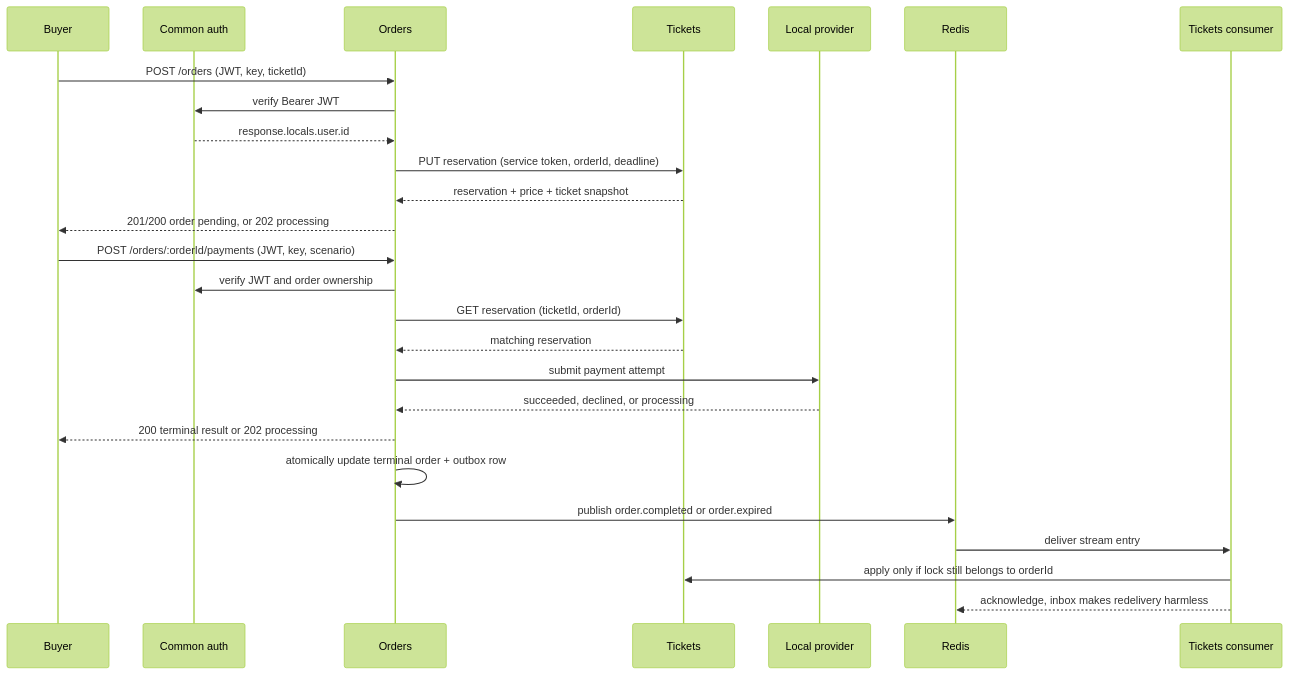
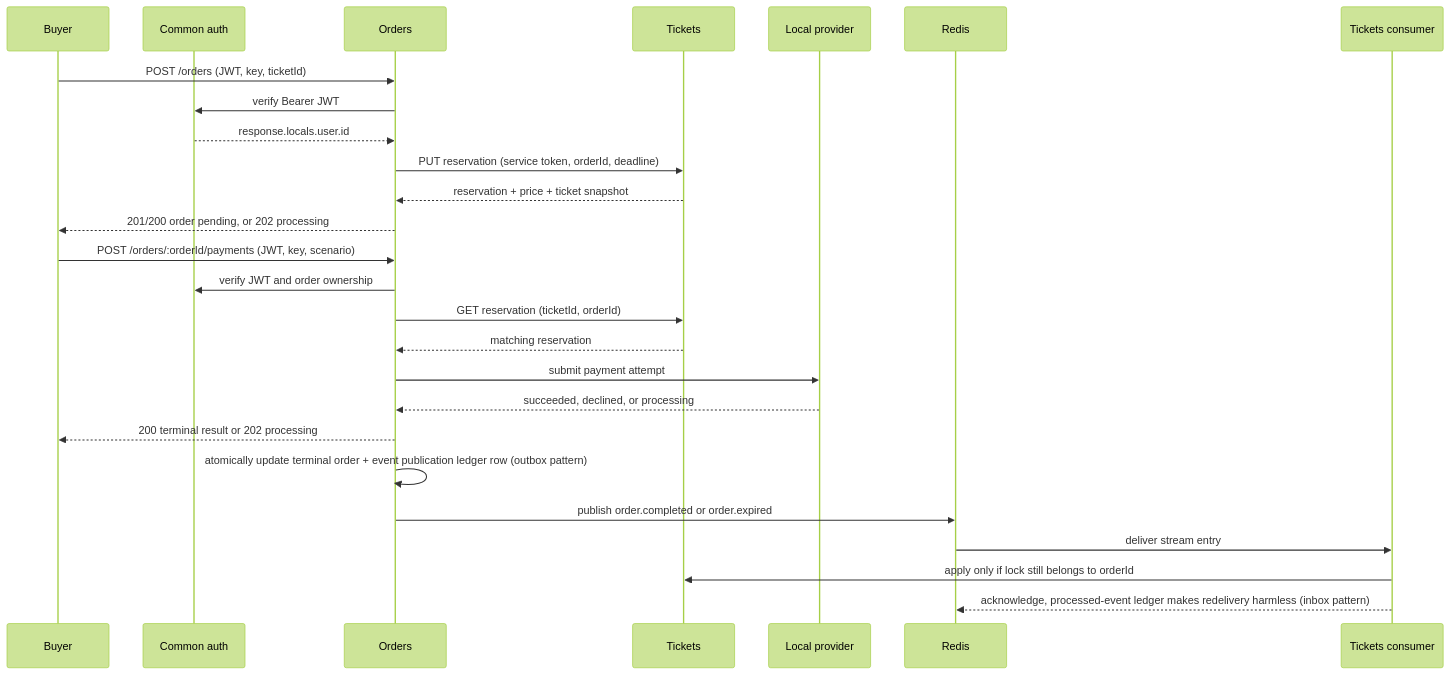
The diagram in docs/backend-git-diff-walkthrough.md (h19overflow/stubhub), drawn with Mermaid (forest theme) before and after one commit. The commit also changed other lines of this file and 59 other files, not shown here.

````diff
--- a/docs/backend-git-diff-walkthrough.md
+++ b/docs/backend-git-diff-walkthrough.md
@@ -16,31 +16,31 @@
 ```mermaid
 sequenceDiagram
   participant Buyer
   participant Auth as Common auth
   participant Orders
   participant Tickets
   participant Provider as Local provider
   participant Redis
   participant Consumer as Tickets consumer
 
   Buyer->>Orders: POST /orders (JWT, key, ticketId)
   Orders->>Auth: verify Bearer JWT
   Auth-->>Orders: response.locals.user.id
   Orders->>Tickets: PUT reservation (service token, orderId, deadline)
   Tickets-->>Orders: reservation + price + ticket snapshot
   Orders-->>Buyer: 201/200 order pending, or 202 processing
 
   Buyer->>Orders: POST /orders/:orderId/payments (JWT, key, scenario)
   Orders->>Auth: verify JWT and order ownership
   Orders->>Tickets: GET reservation (ticketId, orderId)
   Tickets-->>Orders: matching reservation
   Orders->>Provider: submit payment attempt
   Provider-->>Orders: succeeded, declined, or processing
   Orders-->>Buyer: 200 terminal result or 202 processing
 
-  Orders->>Orders: atomically update terminal order + outbox row
+  Orders->>Orders: atomically update terminal order + event publication ledger row (outbox pattern)
   Orders->>Redis: publish order.completed or order.expired
   Redis->>Consumer: deliver stream entry
   Consumer->>Tickets: apply only if lock still belongs to orderId
-  Consumer-->>Redis: acknowledge, inbox makes redelivery harmless
+  Consumer-->>Redis: acknowledge, processed-event ledger makes redelivery harmless (inbox pattern)
 ```
````
